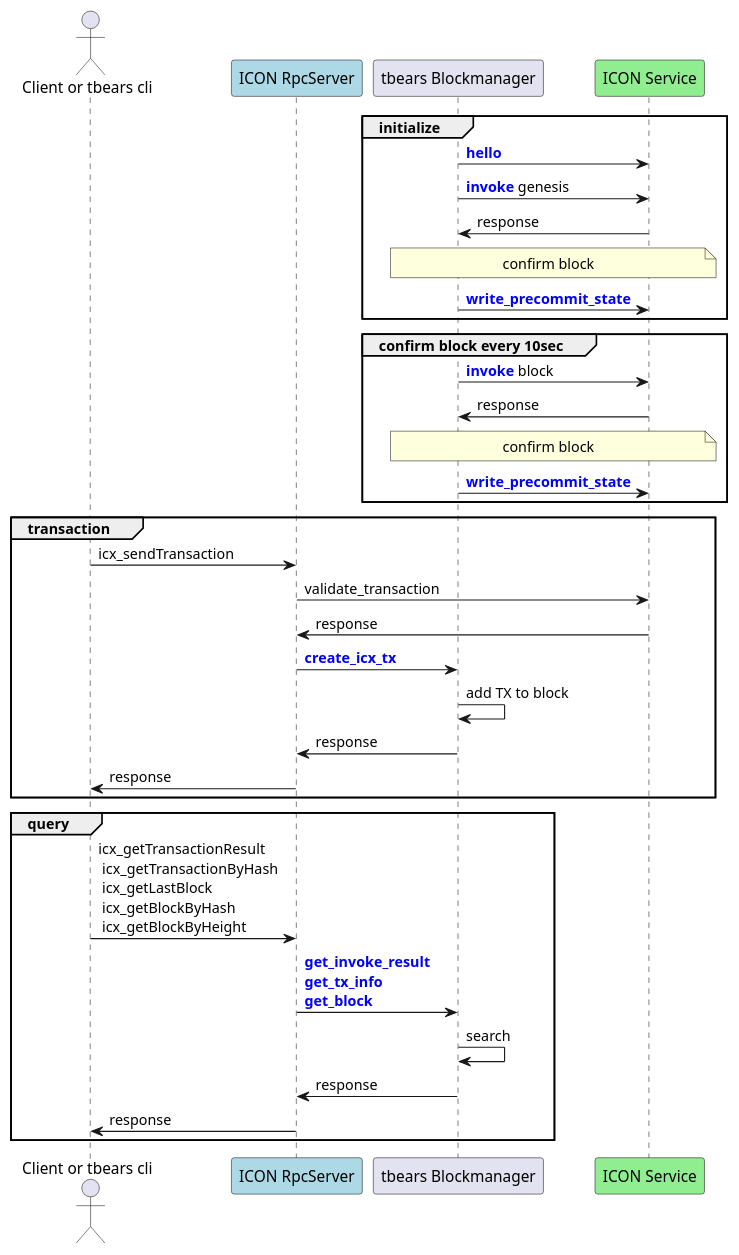
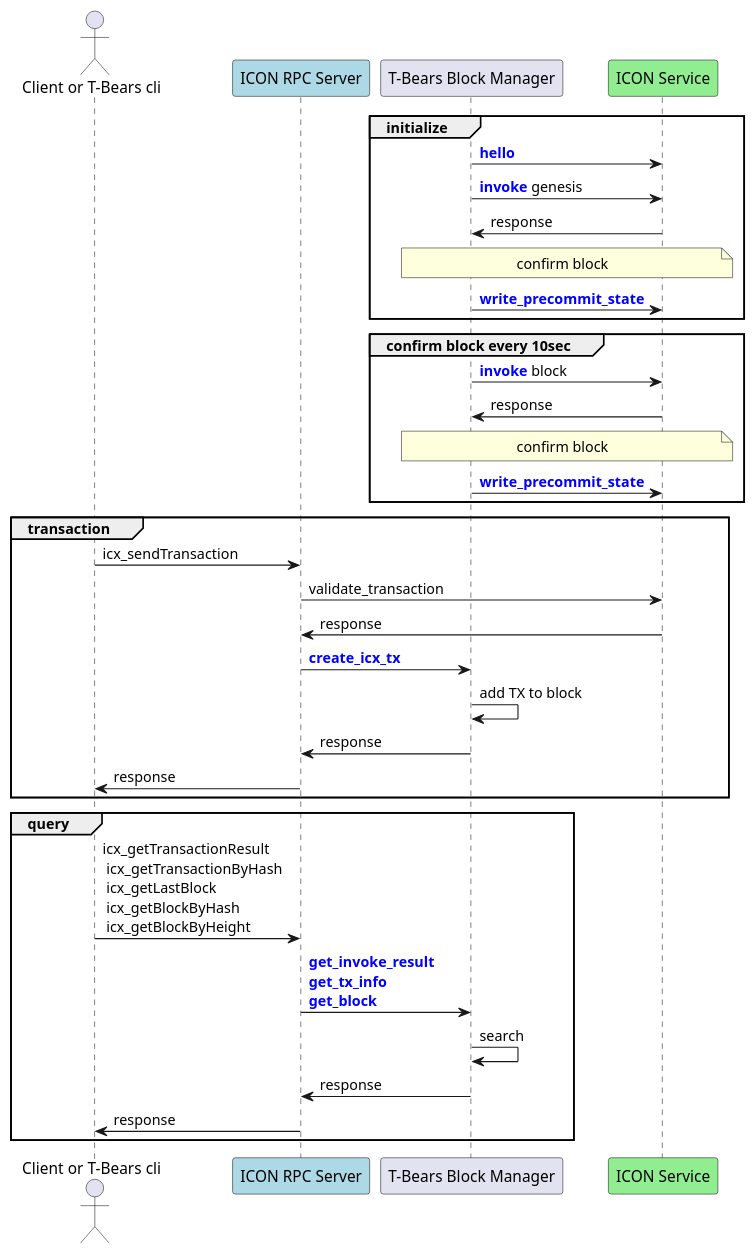
One commit to icon-project/t-bears changed the diagram in docs/tbears_blockmanager.wsd. Above: the diagram before and after it, drawn with PlantUML. The commit also changed 3 other files, not shown here.

```diff
--- a/docs/tbears_blockmanager.wsd
+++ b/docs/tbears_blockmanager.wsd
@@ -1,45 +1,45 @@
-@startuml tbears blockmanager work flow
+@startuml T-Bears blockmanager work flow
 
-actor "Client or tbears cli" as client
-participant "ICON RpcServer" as rpcserver #lightblue
-participant "tbears Blockmanager" as blockmanager
+actor "Client or T-Bears cli" as client
+participant "ICON RPC Server" as rpcserver #lightblue
+participant "T-Bears Block Manager" as blockmanager
 participant "ICON Service" as icon #lightgreen
 
 group initialize
 blockmanager -> icon : <font color=blue><b>hello
 blockmanager -> icon : <font color=blue><b>invoke</b></font> genesis
 icon -> blockmanager : response
 note over blockmanager, icon: confirm block
 blockmanager -> icon : <font color=blue><b>write_precommit_state
 end
 
 group confirm block every 10sec
 blockmanager -> icon : <font color=blue><b>invoke</b></font> block
 icon -> blockmanager : response
 note over blockmanager, icon: confirm block
 blockmanager -> icon : <font color=blue><b>write_precommit_state
 end
 
 group transaction
 
 client -> rpcserver: icx_sendTransaction
 rpcserver -> icon : validate_transaction
 icon -> rpcserver : response
 rpcserver -> blockmanager : <font color=blue><b>create_icx_tx
 blockmanager -> blockmanager : add TX to block
 blockmanager -> rpcserver : response
 rpcserver -> client : response
 
 end
 
 group query
 
 client -> rpcserver: icx_getTransactionResult\n icx_getTransactionByHash\n icx_getLastBlock\n icx_getBlockByHash\n icx_getBlockByHeight
 rpcserver -> blockmanager : <font color=blue><b>get_invoke_result\n<font color=blue><b>get_tx_info\n<font color=blue><b>get_block
 blockmanager -> blockmanager : search
 blockmanager -> rpcserver : response
 rpcserver -> client : response
 
 end
 
 @enduml
```
